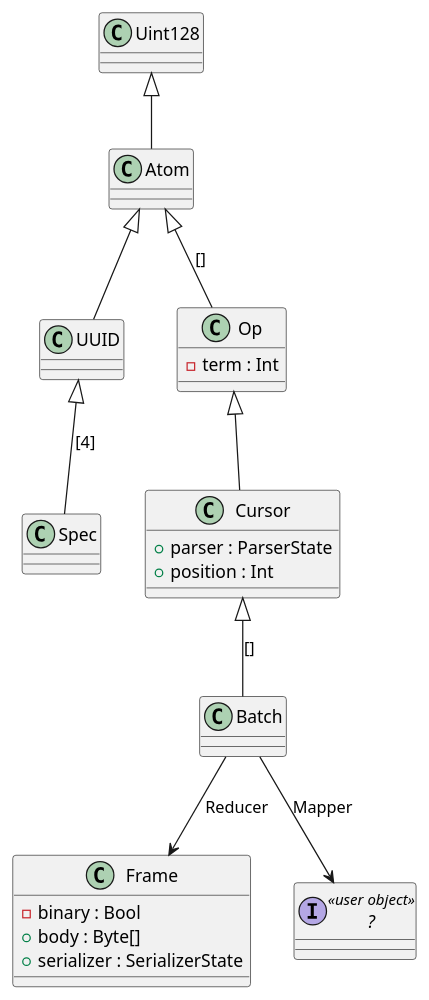
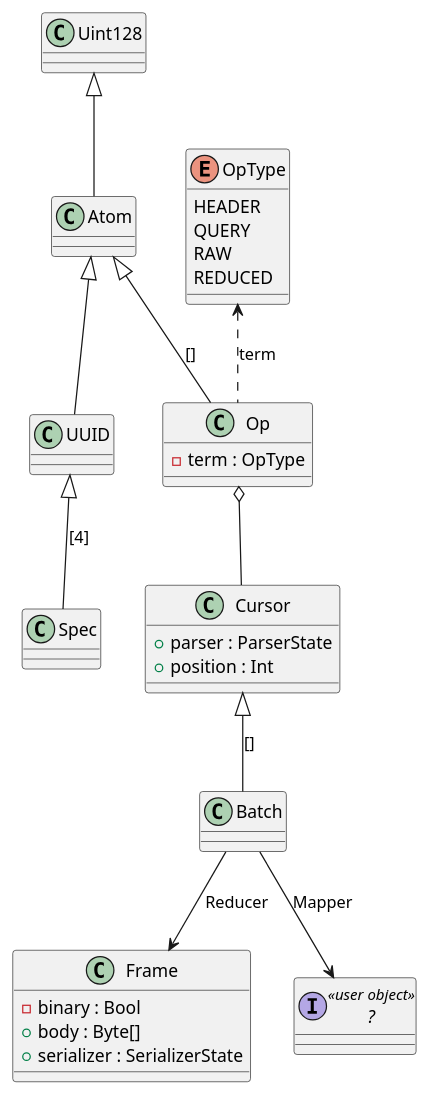
Before and after one commit to gritzko/ron: the diagram in docs/api.plantuml, drawn with PlantUML.

Commit message:
Cursor aggregates Op

```diff
--- a/docs/api.plantuml
+++ b/docs/api.plantuml
@@ -1,29 +1,37 @@
-@startuml
+@startuml API
 
 Uint128 <|-- Atom
+
+enum OpType {
+  HEADER
+  QUERY
+  RAW
+  REDUCED
+}
 
 Atom <|-- UUID
 
 UUID <|-- Spec : [4]
 
 Atom <|-- Op : []
 
-Op <|-- Cursor
-Op : -term : Int
+Op o-- Cursor
+
+Op : -term : OpType
+OpType <.. Op : term
 
 Cursor : +parser : ParserState
 Cursor : +position : Int
-
 
 Frame : -binary : Bool
 Frame : +body : Byte[]
 Frame : +serializer : SerializerState
 
 Cursor <|-- Batch : []
 
 Batch --> Frame : Reducer
 
 interface "?" as UserObject << user object >>
 Batch --> UserObject : Mapper
 
 @enduml
```
